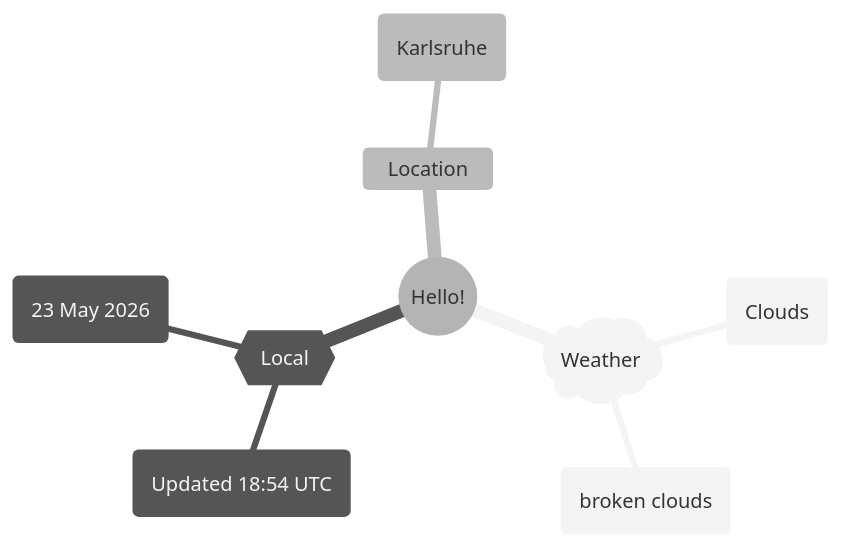
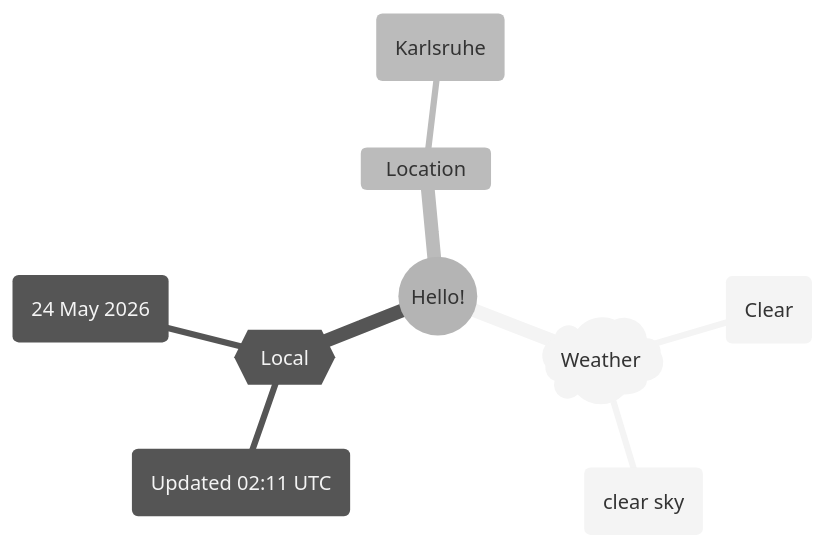
Before and after one commit to Xosrov/Xosrov: the first of 2 diagrams in README.md, drawn with Mermaid (neutral theme).

Commit message:
[bot] updated images

````diff
--- a/README.md
+++ b/README.md
@@ -3,12 +3,12 @@
 ```mermaid
 mindmap
   root((Hello!))
     )Weather(
-        (Clouds)
-        (broken clouds)
+        (Clear)
+        (clear sky)
     {{Local}}
-        (Updated 18:54 UTC)
-        (23 May 2026)
+        (Updated 02:11 UTC)
+        (24 May 2026)
     Location
         (Karlsruhe)
 ```
````
